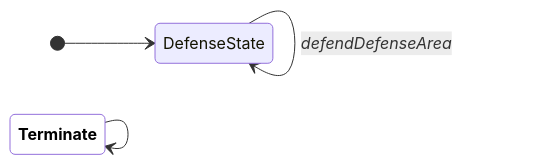
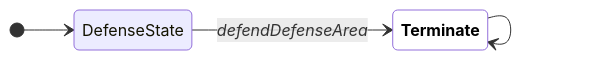
The fourth of 18 diagrams in docs/fsm-diagrams.md (UBC-Thunderbots/Software), drawn with Mermaid before and after one commit. The commit also changed other lines of this file, not shown here.

Commit message:
Update FSM diagrams

````diff
--- a/docs/fsm-diagrams.md
+++ b/docs/fsm-diagrams.md
@@ -64,10 +64,10 @@
 ```mermaid
 
 stateDiagram-v2
 classDef terminate fill:white,color:black,font-weight:bold
 direction LR
 [*] --> DefenseState
-DefenseState --> DefenseState : <i>defendDefenseArea</i>
+DefenseState --> Terminate:::terminate : <i>defendDefenseArea</i>
 Terminate:::terminate --> Terminate:::terminate
 
 ```
````
